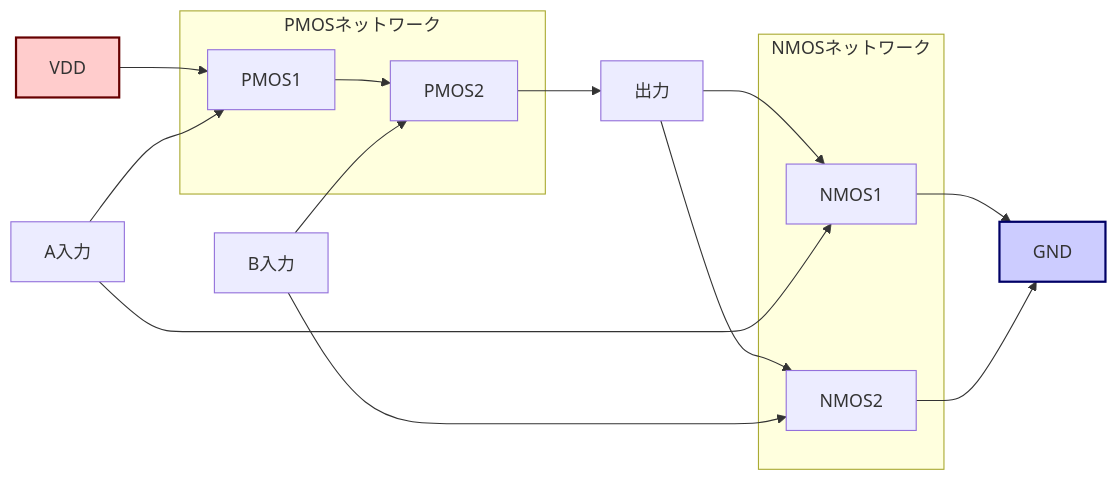
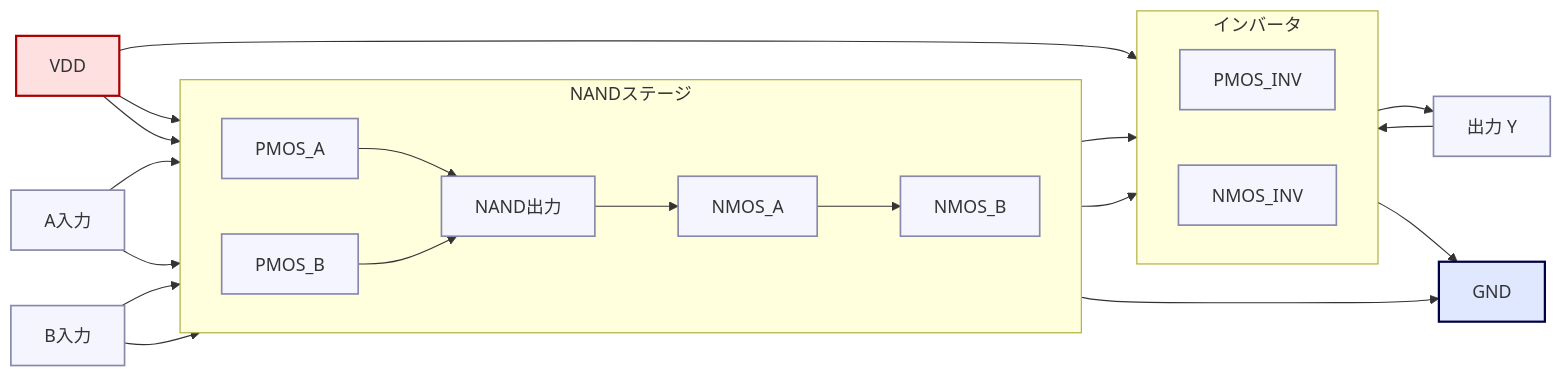
The diagram in chapter2_comb_logic/2.1_logic_gates.md (Samizo-AITL/Edusemi-v4x), drawn with Mermaid before and after one commit.

````diff
--- a/chapter2_comb_logic/2.1_logic_gates.md
+++ b/chapter2_comb_logic/2.1_logic_gates.md
@@ -88,34 +88,56 @@
 ```mermaid
 flowchart LR
-    %% 電源と入力
+    %% レイアウト方針：左→右（LR）
+    %% 電源
     VDD[VDD]:::power
     GND[GND]:::ground
+
+    %% 入力と最終出力
     A[A入力]
     B[B入力]
-    OUT[出力]
+    Y[出力 Y]
 
-    %% --- PMOSネットワーク（上） ---
-    subgraph PUN[PMOSネットワーク]
-        P1[PMOS1]
-        P2[PMOS2]
+    %% ===== ステージ1：NAND（PMOS並列・NMOS直列）=====
+    subgraph NAND_STAGE[NANDステージ]
+        direction LR
+        %% PMOS（並列プルアップ）
+        PPA[PMOS_A]
+        PPB[PMOS_B]
+        %% NMOS（直列プルダウン）
+        NNA[NMOS_A]
+        NNB[NMOS_B]
+        NAND_OUT[NAND出力]:::node
     end
-    VDD --> P1 --> P2 --> OUT
 
-    %% --- NMOSネットワーク（下） ---
-    subgraph PDN[NMOSネットワーク]
-        N1[NMOS1]
-        N2[NMOS2]
+    %% PMOS並列配線
+    VDD --> PPA --> NAND_OUT
+    VDD --> PPB --> NAND_OUT
+
+    %% NMOS直列配線（出力ノードからGNDへ）
+    NAND_OUT --> NNA --> NNB --> GND
+
+    %% 入力ゲート接続（A/BはPMOS・NMOS両方を制御）
+    A --> PPA
+    A --> NNA
+    B --> PPB
+    B --> NNB
+
+    %% ===== ステージ2：インバータ（AND化）=====
+    subgraph INV_STAGE[インバータ]
+        direction LR
+        PI[PMOS_INV]
+        NI[NMOS_INV]
     end
-    OUT --> N1 --> GND
-    OUT --> N2 --> GND
 
-    %% 入力接続
-    A --> P1
-    B --> P2
-    A --> N1
-    B --> N2
+    %% インバータ配線
+    VDD --> PI --> Y
+    Y --> NI --> GND
+    %% インバータのゲートは NAND_OUT を入力
+    NAND_OUT --> PI
+    NAND_OUT --> NI
 
-    %% スタイル
-    classDef power fill:#ffcccc,stroke:#660000,stroke-width:2px;
-    classDef ground fill:#ccccff,stroke:#000066,stroke-width:2px;
+    %% 体裁
+    classDef power fill:#ffe0e0,stroke:#a00,stroke-width:2px;
+    classDef ground fill:#e0e8ff,stroke:#004,stroke-width:2px;
+    classDef node fill:#f5f5ff,stroke:#88a,stroke-width:1.5px;
 ```
````
